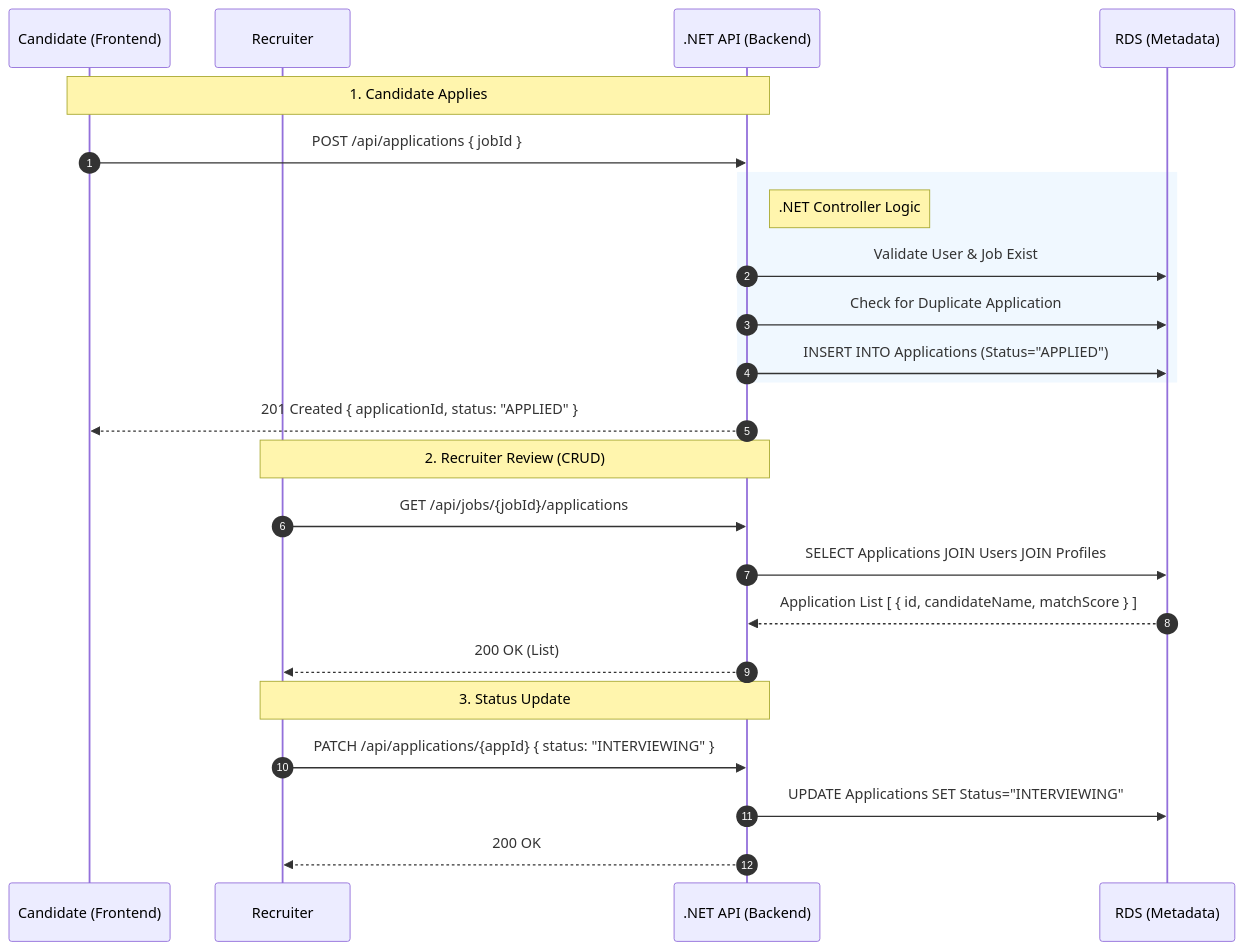
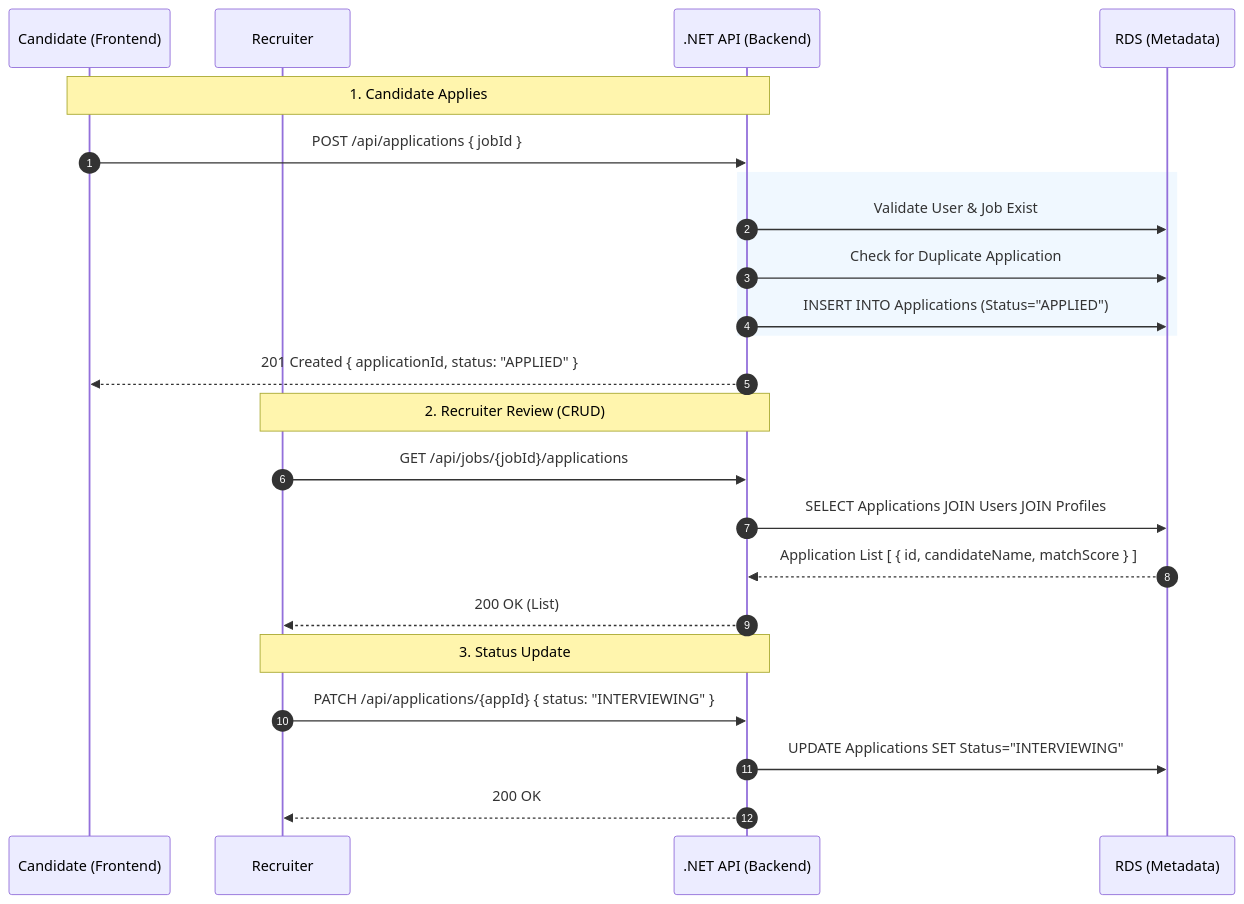
Before and after one commit to justeg4n/SmartHire_AI_Core: the third of 5 diagrams in architecture-smart-matching.md, drawn with Mermaid. The commit also changed other lines of this file and 7 other files, not shown here.

Commit message:
Update architecture notes, diagrams and README; ignore datasets and secrets

````diff
--- a/architecture-smart-matching.md
+++ b/architecture-smart-matching.md
@@ -114,31 +149,30 @@
 ```mermaid
 sequenceDiagram
     autonumber
     participant C as Candidate (Frontend)
     participant R as Recruiter
     participant NET as .NET API (Backend)
     participant RDS as RDS (Metadata)
 
     Note over C, NET: 1. Candidate Applies
     C->>NET: POST /api/applications { jobId }
 
     rect rgb(240, 248, 255)
-        Note right of NET: .NET Controller Logic
         NET->>RDS: Validate User & Job Exist
         NET->>RDS: Check for Duplicate Application
         NET->>RDS: INSERT INTO Applications (Status="APPLIED")
     end
 
     NET-->>C: 201 Created { applicationId, status: "APPLIED" }
 
     Note over R, NET: 2. Recruiter Review (CRUD)
     R->>NET: GET /api/jobs/{jobId}/applications
     NET->>RDS: SELECT Applications JOIN Users JOIN Profiles
     RDS-->>NET: Application List [ { id, candidateName, matchScore } ]
     NET-->>R: 200 OK (List)
 
     Note over R, NET: 3. Status Update
     R->>NET: PATCH /api/applications/{appId} { status: "INTERVIEWING" }
     NET->>RDS: UPDATE Applications SET Status="INTERVIEWING"
     NET-->>R: 200 OK
 ```
````
